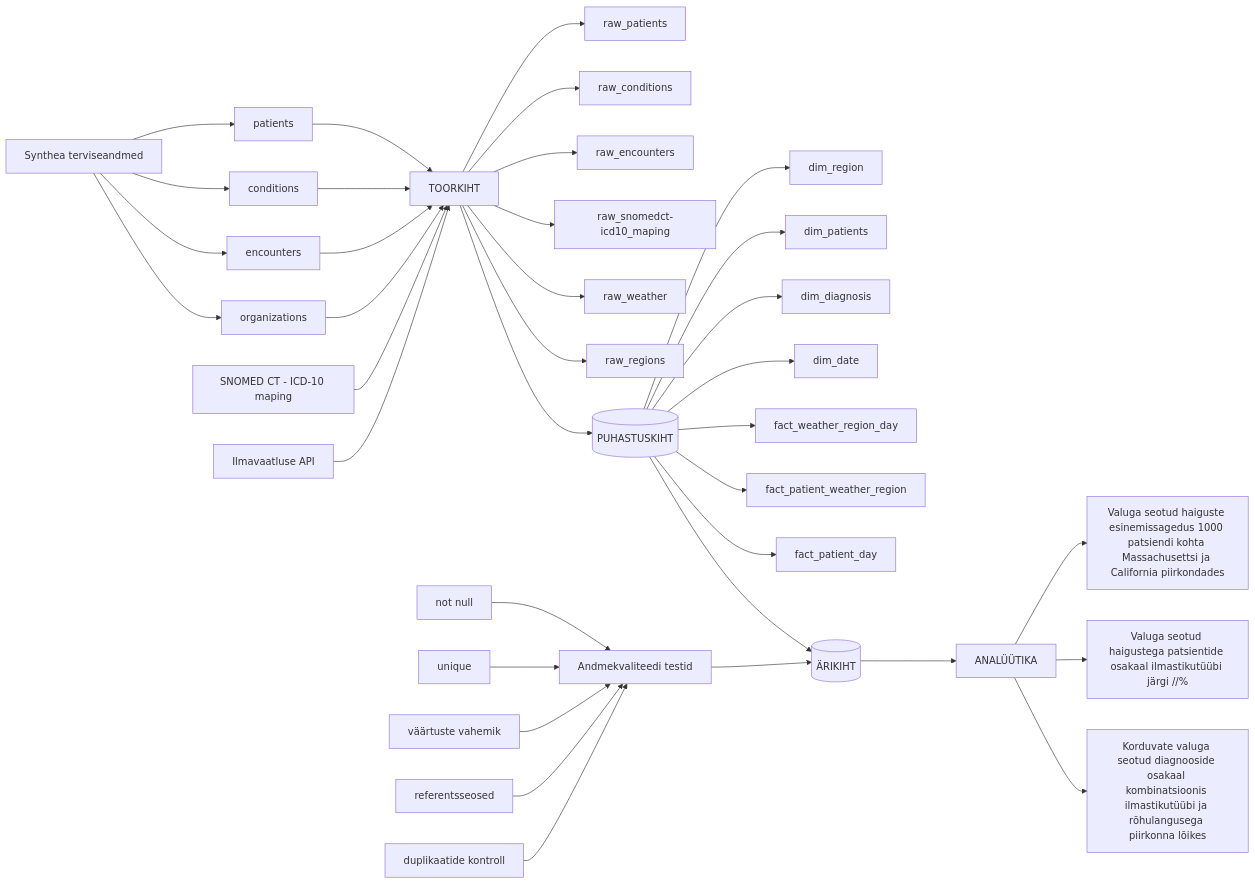
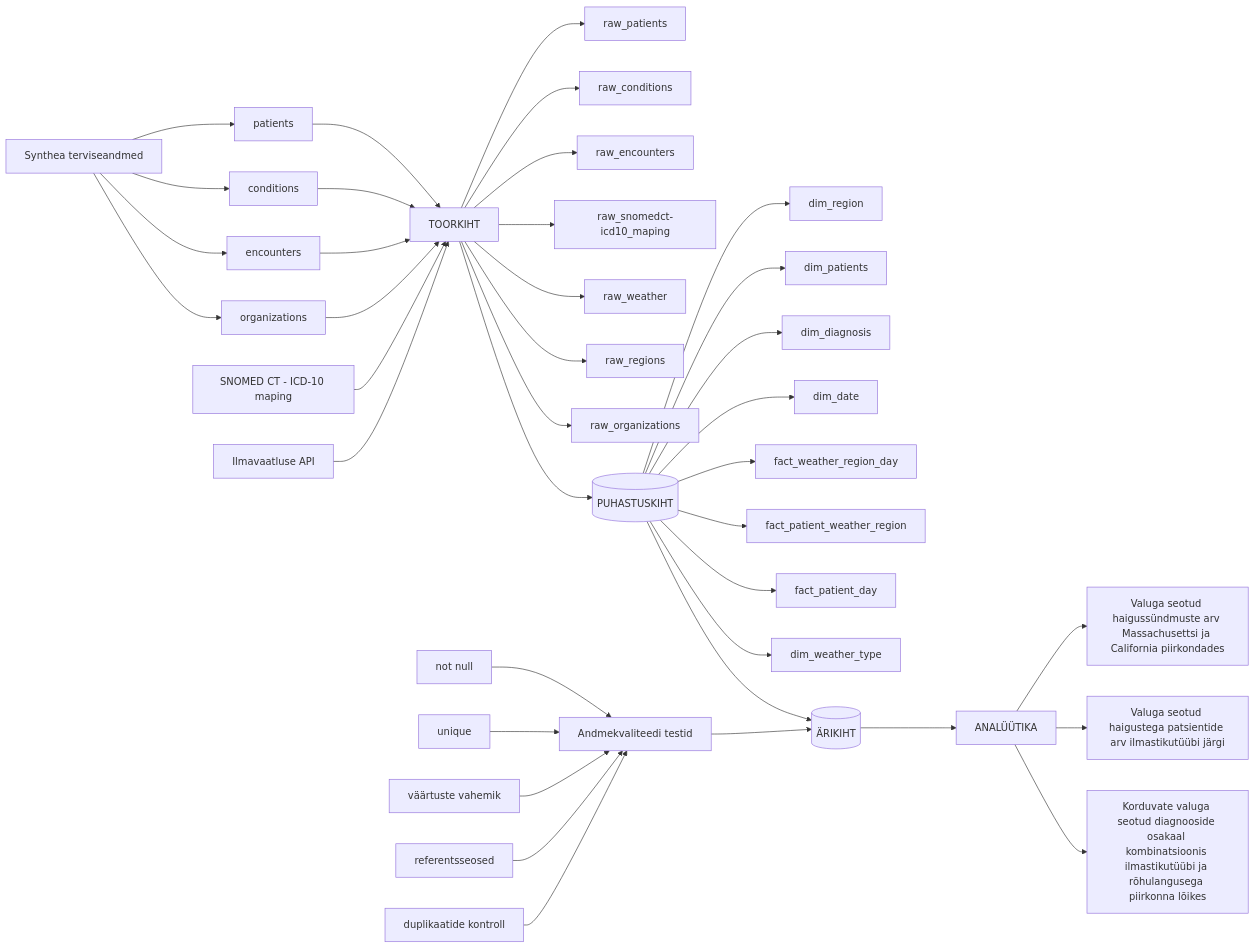
One commit to sergeierbin/weather-disease-correlation changed the second of 3 diagrams in docs/arhitektuur.md. Above: the diagram before and after it, drawn with Mermaid. The commit also changed other lines of this file and 4 other files, not shown here.

```diff
--- a/docs/arhitektuur.md
+++ b/docs/arhitektuur.md
@@ -82,6 +95,7 @@
     D4[raw_snomedct-icd10_maping]
     D5[raw_weather]
     D6[raw_regions]
+    D7[raw_organizations]
 
     D --> D1
     D --> D2
@@ -89,6 +103,7 @@
     D --> D4
     D --> D5
     D --> D6
+    D --> D7
 
     %% =========================
     %% PUHASTUSKIHT / HÕBE KIHT
@@ -104,6 +119,7 @@
     E6[fact_patient_weather_region]
     %% faktitabel moodustub lausendist ühe patsiendi sündmus ühes päevas
     E7[fact_patient_day]
+    E8[dim_weather_type]
 
     D --> E
      
@@ -113,7 +129,9 @@
     E --> E4 
     E --> E5
     E --> E6
-    E --> E7   
+    E --> E7
+    E --> E8
+       
     E--> F
 
     %% =========================
@@ -144,8 +162,8 @@
     %% ANALÜÜTIKA / VISUAALID
     %% =========================
     H[ANALÜÜTIKA]
-    H1[Valuga seotud haiguste esinemissagedus 1000 patsiendi kohta Massachusettsi ja California piirkondades]
-    H2[Valuga seotud haigustega patsientide osakaal ilmastikutüübi järgi //%]
+    H1[Valuga seotud haigussündmuste arv Massachusettsi ja California piirkondades]
+    H2[Valuga seotud haigustega patsientide arv ilmastikutüübi järgi]
     H3[Korduvate valuga seotud diagnooside osakaal kombinatsioonis ilmastikutüübi ja rõhulangusega piirkonna lõikes]
 
     H --> H1
```
